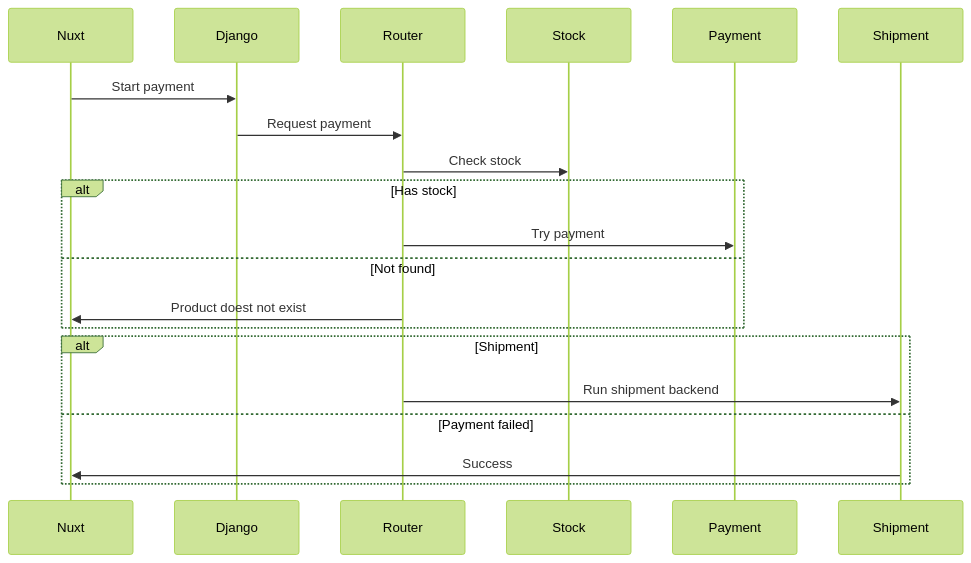
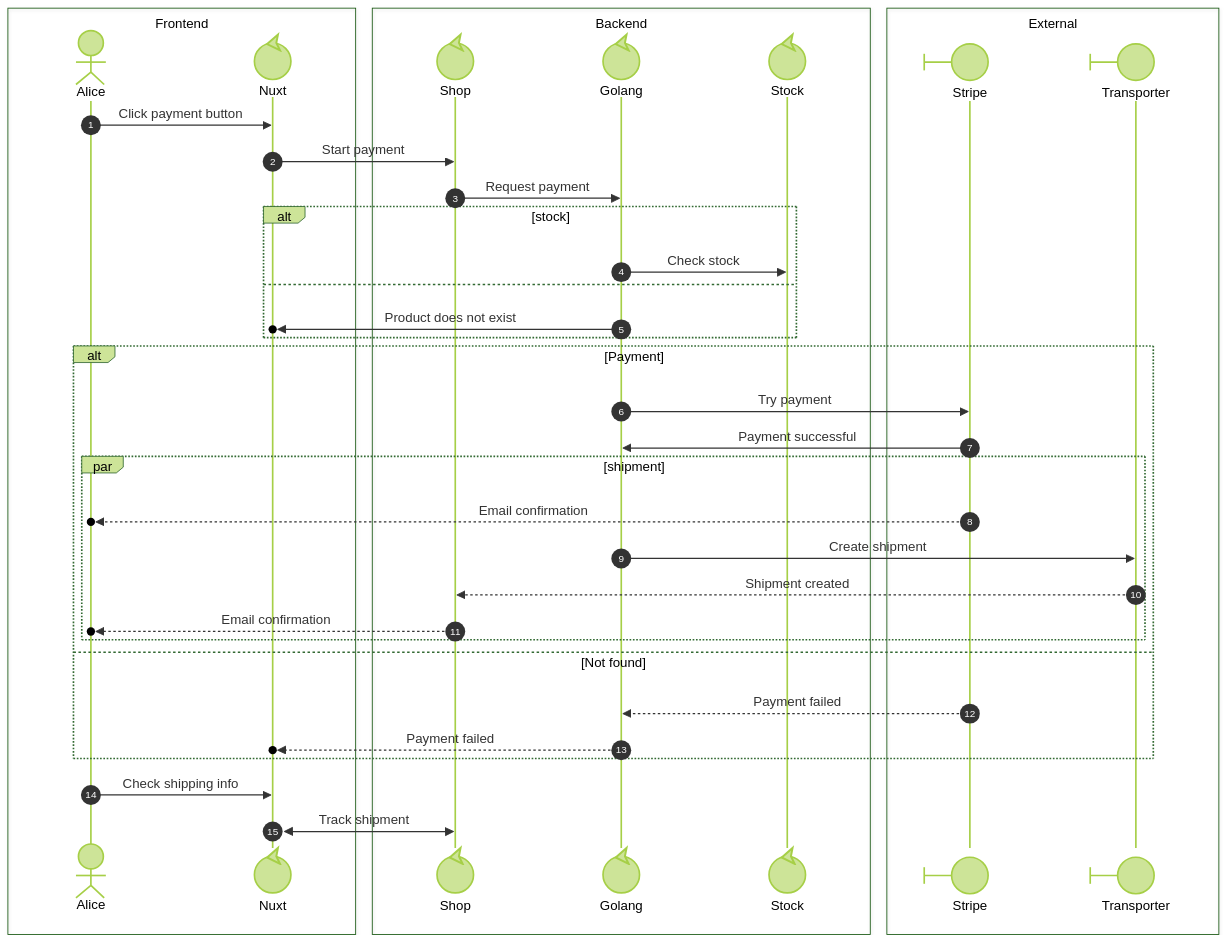
Before and after one commit to Zadigo/mycommerce: the second of 2 diagrams in services/gopurchase/README.md, drawn with Mermaid (forest theme). The commit also changed other lines of this file and 23 other files, not shown here.

````diff
--- a/services/gopurchase/README.md
+++ b/services/gopurchase/README.md
@@ -20,20 +27,49 @@
 ```mermaid
 %% Example of sequence diagram
 sequenceDiagram
 
-Nuxt ->> Django: Start payment
-Django ->> Router: Request payment
-Router ->> Stock: Check stock
+autonumber
 
-alt Has stock
-Router ->> Payment: Try payment
-else Not found
-Router->>Nuxt: Product doest not exist
+box Frontend
+actor U as Alice
+participant N@{type: "control"} as Nuxt
 end
 
-alt Shipment
-Router->>Shipment: Run shipment backend
-else Payment failed
-Shipment->>Nuxt: Success
+box Backend
+participant D@{type: "control"} as Shop
+participant G@{type: "control"} as Golang
+participant S@{type: "control"} as Stock
 end
+
+box External
+participant ST@{type: "boundary"} as Stripe
+participant SH@{type: "boundary"} as Transporter
+end
+
+U ->> N: Click payment button
+N ->> D: Start payment
+D ->> G: Request payment
+
+alt stock
+G ->> S: Check stock
+else
+G ->> ()N: Product does not exist
+end
+
+alt Payment
+G ->> ST: Try payment
+ST ->> G: Payment successful
+par shipment
+ST -->> ()U: Email confirmation
+G ->> SH: Create shipment
+SH -->> D: Shipment created
+D -->> ()U: Email confirmation
+end
+else Not found
+ST -->> G: Payment failed
+G -->> ()N: Payment failed
+end
+
+U ->> N: Check shipping info
+N <<->> D: Track shipment
 ```
````
